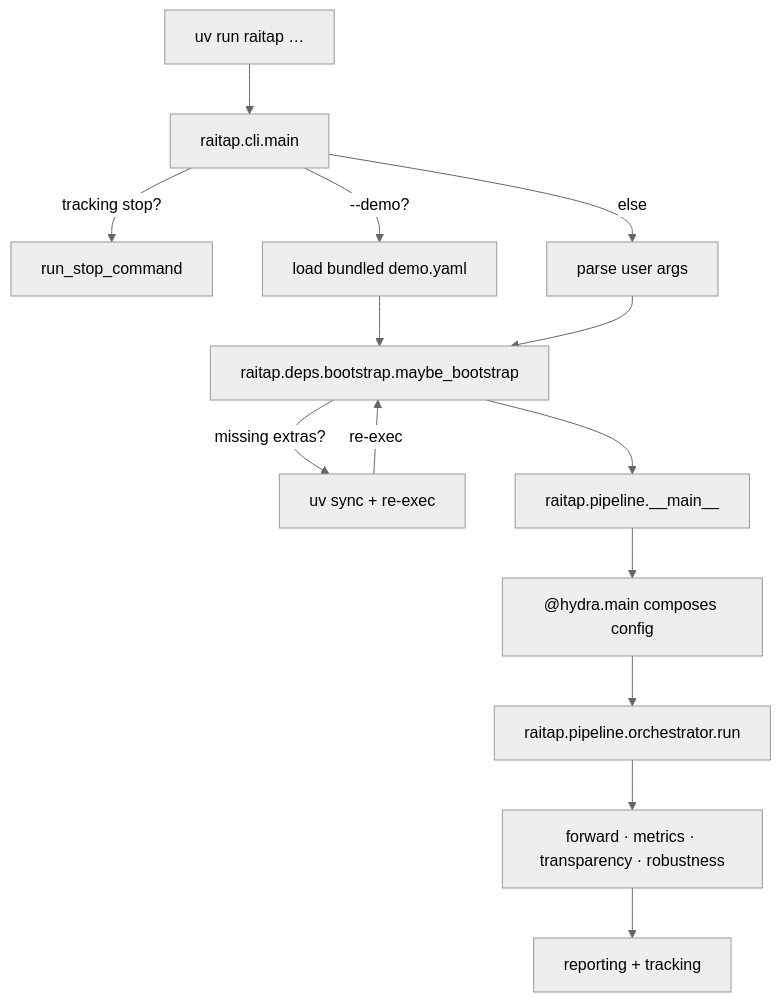
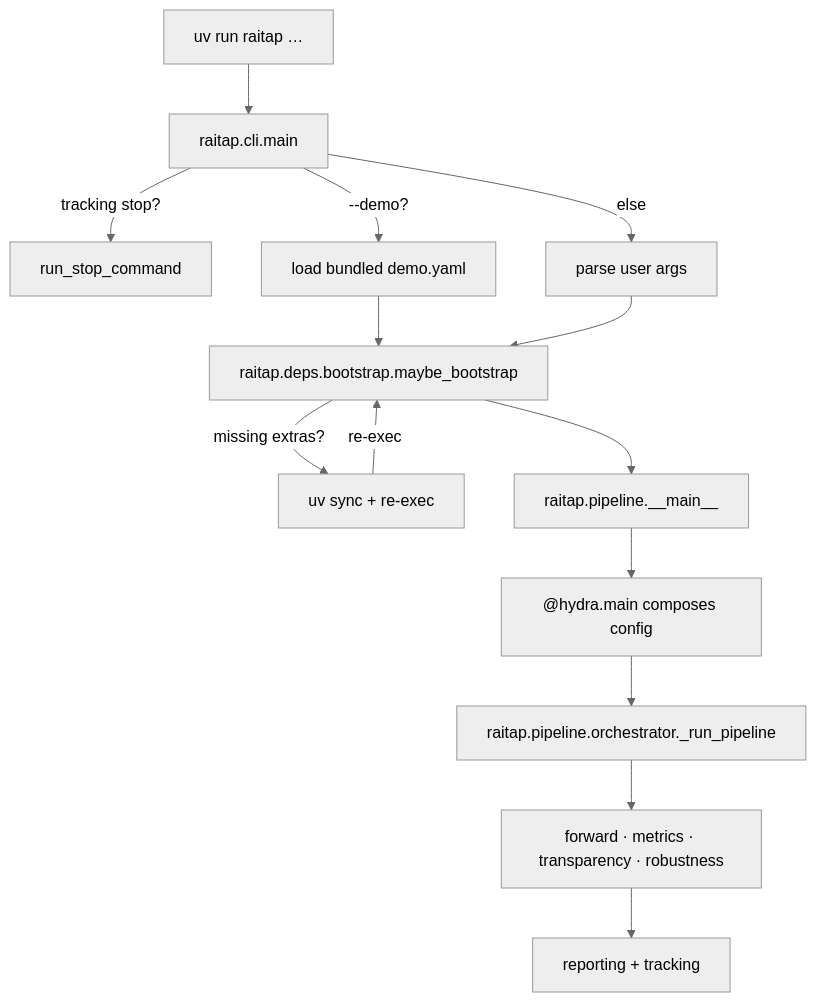
The diagram in docs/contributor/architecture.md (CAIIVS/raitap), drawn with Mermaid (neutral theme) before and after one commit. The commit also changed other lines of this file and 82 other files, not shown here.

````diff
--- a/docs/contributor/architecture.md
+++ b/docs/contributor/architecture.md
@@ -17,19 +17,19 @@
 ```{mermaid}
 :alt: Data flow from CLI entry through deps bootstrap, Hydra composition, and the pipeline phases to reporting and tracking.
 :caption: RAITAP data-flow — CLI to reporting.
 
 flowchart TB
   A[uv run raitap …] --> B[raitap.cli.main]
   B -->|tracking stop?| Z[run_stop_command]
   B -->|--demo?| C1[load bundled demo.yaml]
   B -->|else| C2[parse user args]
   C1 --> D[raitap.deps.bootstrap.maybe_bootstrap]
   C2 --> D
   D -->|missing extras?| D1[uv sync + re-exec]
   D1 -->|re-exec| D
   D --> E[raitap.pipeline.__main__]
   E --> F["@hydra.main composes config"]
-  F --> G[raitap.pipeline.orchestrator.run]
+  F --> G[raitap.pipeline.orchestrator._run_pipeline]
   G --> H[forward · metrics · transparency · robustness]
   H --> I[reporting + tracking]
 ```
````
